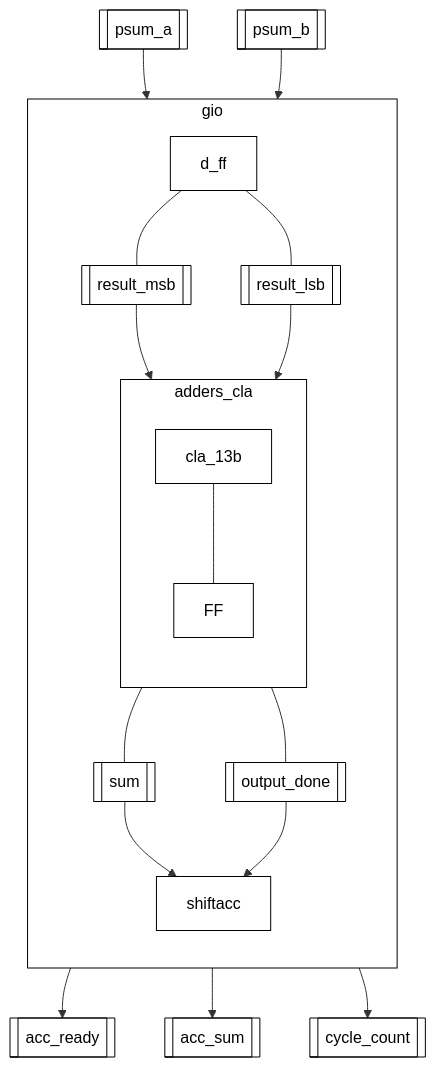
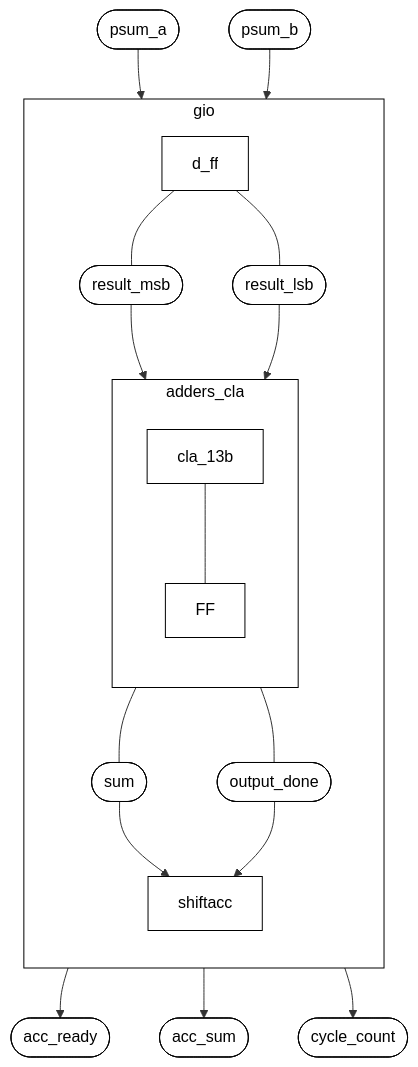
The second of 2 diagrams in mac_ip_trm.md (chohyjee1021-tech/configurable_MAC_IP), drawn with Mermaid before and after one commit. The commit also changed other lines of this file, not shown here.

````diff
--- a/mac_ip_trm.md
+++ b/mac_ip_trm.md
@@ -214,65 +232,65 @@
 ```mermaid
 flowchart TB
 
 %% ---------- Styles ----------
 style GIO fill:#ffffff,stroke:#000000,color:#000000
 style ADDERS fill:#ffffff,stroke:#000000,color:#000000
 classDef module fill:#ffffff,stroke:#000000,color:#000000;
 classDef signal fill:#ffffff,stroke:#000000,color:#000000;
 
 %% ---------- Modules ----------
 subgraph GIO["gio"]
 direction TB
 
   DFF["d_ff"]
   class DFF module;
 
-    RMSB[[result_msb]]
-    RLSB[[result_lsb]]
+    RMSB([result_msb])
+    RLSB([result_lsb])
 
   subgraph ADDERS["adders_cla"]
   direction TB
     CLA["cla_13b"]
     FF1["FF"]
     class CLA,FF1 module;
     CLA --- FF1
   end
 
-  SUM[[sum]]
-  DONE[[output_done]]
+  SUM([sum])
+  DONE([output_done])
 
   SHIFTACC["shiftacc"]
   class SHIFTACC module;
 
 end
 
 %% ---------- Signals ----------
-PA[[psum_a]]
-PB[[psum_b]]
+PA([psum_a])
+PB([psum_b])
 
-READY[[acc_ready]]
-ACCSUM[[acc_sum]]
-CYCLE[[cycle_count]]
+READY([acc_ready])
+ACCSUM([acc_sum])
+CYCLE([cycle_count])
 
 class PA,PB,RMSB,RLSB,SUM,DONE,READY,ACCSUM,CYCLE signal;
 
 %% ---------- Wiring ----------
 PA --> DFF
 PB --> DFF
 
 DFF --- RMSB
 DFF --- RLSB
 
 RMSB --> CLA
 RLSB --> CLA
 
 FF1 --- SUM
 FF1 --- DONE
 
 SUM --> SHIFTACC
 DONE --> SHIFTACC
 
 SHIFTACC --> READY
 SHIFTACC --> ACCSUM
 SHIFTACC --> CYCLE
 ```
````
